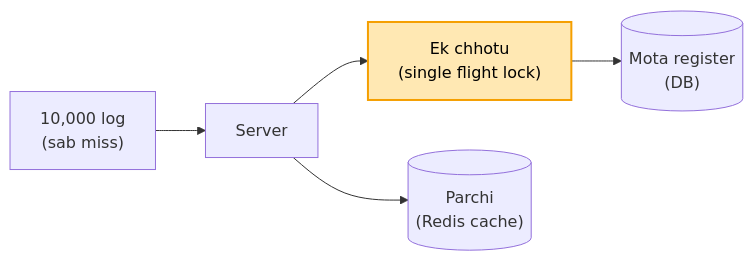
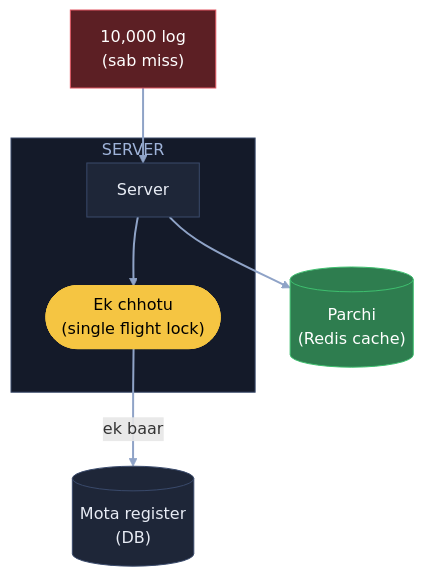
Before and after one commit to ArpanMaheshwari144/Prep: the sixth of 7 diagrams in 04_HLD/SYSTEM_DESIGNS/10_distributed_cache/10_distributed_cache.md, drawn with Mermaid. The commit also changed other lines of this file, not shown here.

Commit message:
Cache: 7 diagram YouTube (reel) wale card andaaz me

````diff
--- a/04_HLD/SYSTEM_DESIGNS/10_distributed_cache/10_distributed_cache.md
+++ b/04_HLD/SYSTEM_DESIGNS/10_distributed_cache/10_distributed_cache.md
@@ -168,8 +222,20 @@
 ```mermaid
-flowchart LR
-    U["10,000 log<br/>(sab miss)"] --> S["Server"]
-    S --> L["Ek chhotu<br/>(single flight lock)"]
-    L --> D[("Mota register<br/>(DB)")]
-    S --> C[("Parchi<br/>(Redis cache)")]
-    style L fill:#ffe8b3,stroke:#f59f00,stroke-width:2px,color:#000
+flowchart TB
+    U["10,000 log<br/>(sab miss)"]:::bad
+    subgraph SV["SERVER"]
+        S["Server"]:::card
+        L(["Ek chhotu<br/>(single flight lock)"]):::pill
+    end
+    D[("Mota register<br/>(DB)")]:::card
+    C[("Parchi<br/>(Redis cache)")]:::good
+    U --> S
+    S --> L
+    L -- "ek baar" --> D
+    S --> C
+    linkStyle default stroke:#8fa3c7,stroke-width:2px
+    classDef card fill:#1e2638,stroke:#3a4a6b,color:#e8ecf5
+    classDef pill fill:#f5c542,stroke:#f5c542,color:#000
+    classDef good fill:#2e7d4f,stroke:#3fbf6f,color:#fff
+    classDef bad fill:#5c1f24,stroke:#e05561,color:#fff
+    style SV fill:#141a29,stroke:#3a4a6b,color:#9fb3d9
 ```
````
